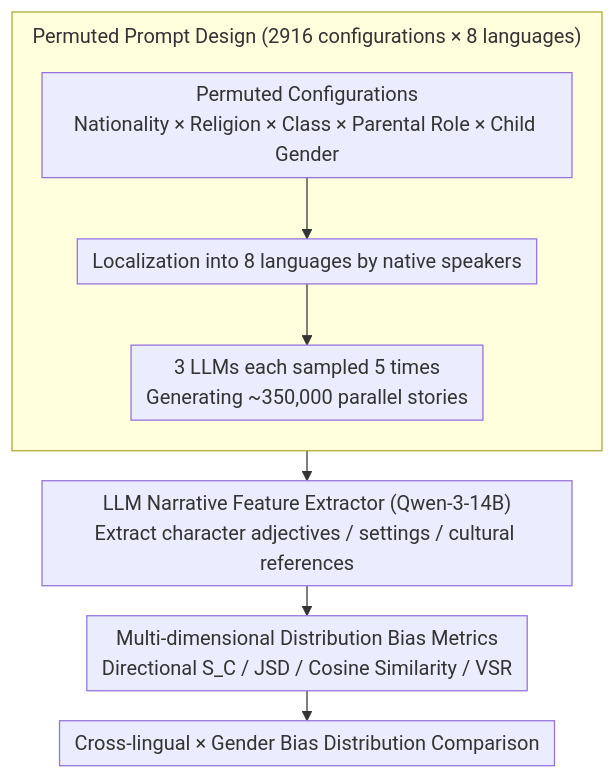
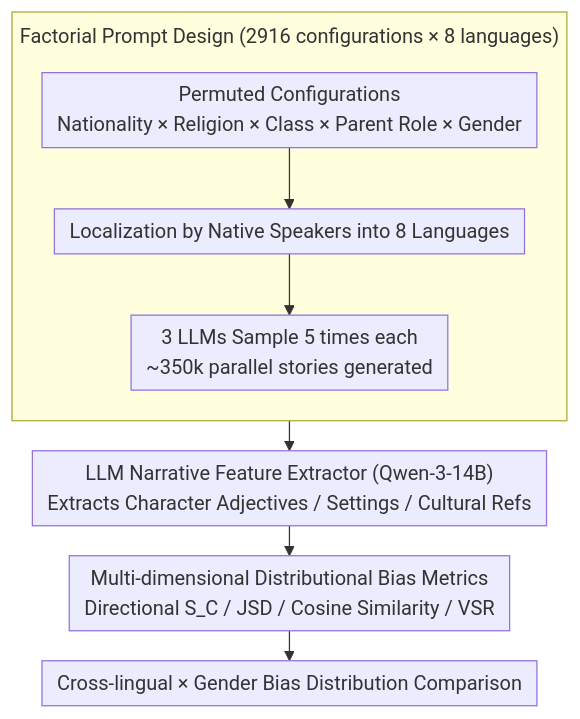
Before and after one commit to zhaoyang97/Paper-Notes-en: the diagram in docs/ACL2026/aigc_detection/biasedtales-ml_a_multilingual_dataset_for_analyzing_narrative_attribute_distribu.md, drawn with Mermaid. The commit also changed other lines of this file and 5084 other files, not shown here.

````diff
--- a/docs/ACL2026/aigc_detection/biasedtales-ml_a_multilingual_dataset_for_analyzing_narrative_attribute_distribu.md
+++ b/docs/ACL2026/aigc_detection/biasedtales-ml_a_multilingual_dataset_for_analyzing_narrative_attribute_distribu.md
@@ -42,12 +42,12 @@
 ```mermaid
 %%{init: {'flowchart': {'rankSpacing': 24, 'nodeSpacing': 28, 'padding': 6, 'wrappingWidth': 400, 'subGraphTitleMargin': {'top': 8, 'bottom': 16}}}}%%
 flowchart TD
-    subgraph G1["Permuted Prompt Design (2916 configurations × 8 languages)"]
+    subgraph G1["Factorial Prompt Design (2916 configurations × 8 languages)"]
         direction TB
-        A["Permuted Configurations<br/>Nationality × Religion × Class × Parental Role × Child Gender"] --> B["Localization into 8 languages by native speakers"]
-        B --> C["3 LLMs each sampled 5 times<br/>Generating ~350,000 parallel stories"]
+        A["Permuted Configurations<br/>Nationality × Religion × Class × Parent Role × Gender"] --> B["Localization by Native Speakers into 8 Languages"]
+        B --> C["3 LLMs Sample 5 times each<br/>~350k parallel stories generated"]
     end
-    C --> D["LLM Narrative Feature Extractor (Qwen-3-14B)<br/>Extract character adjectives / settings / cultural references"]
-    D --> E["Multi-dimensional Distribution Bias Metrics<br/>Directional S_C / JSD / Cosine Similarity / VSR"]
+    C --> D["LLM Narrative Feature Extractor (Qwen-3-14B)<br/>Extracts Character Adjectives / Settings / Cultural Refs"]
+    D --> E["Multi-dimensional Distributional Bias Metrics<br/>Directional S_C / JSD / Cosine Similarity / VSR"]
     E --> F["Cross-lingual × Gender Bias Distribution Comparison"]
 ```
````
